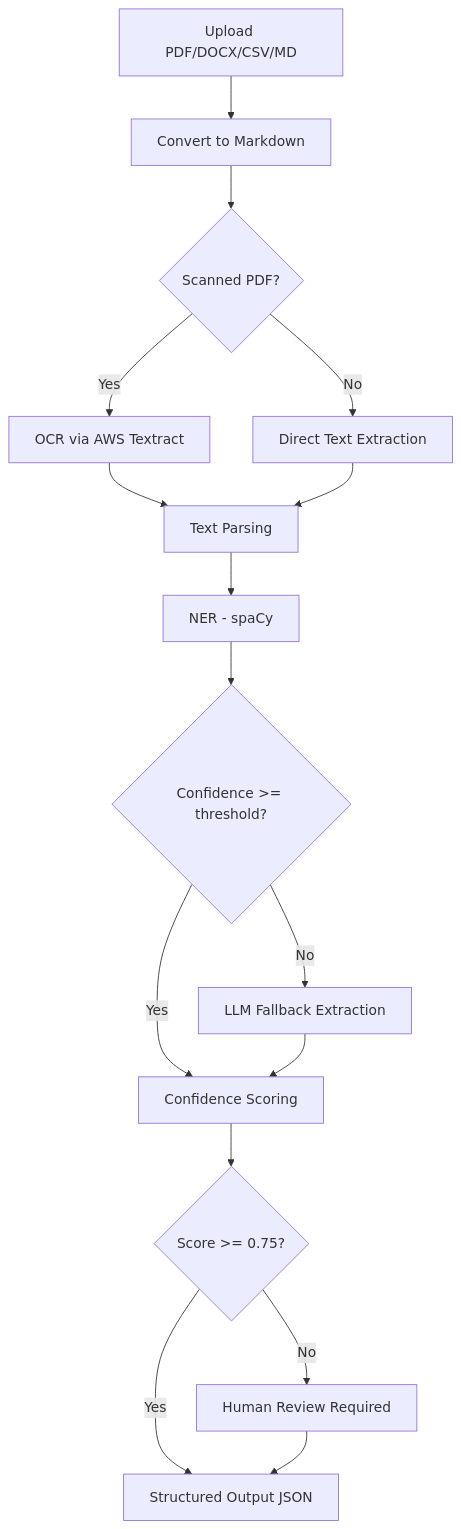
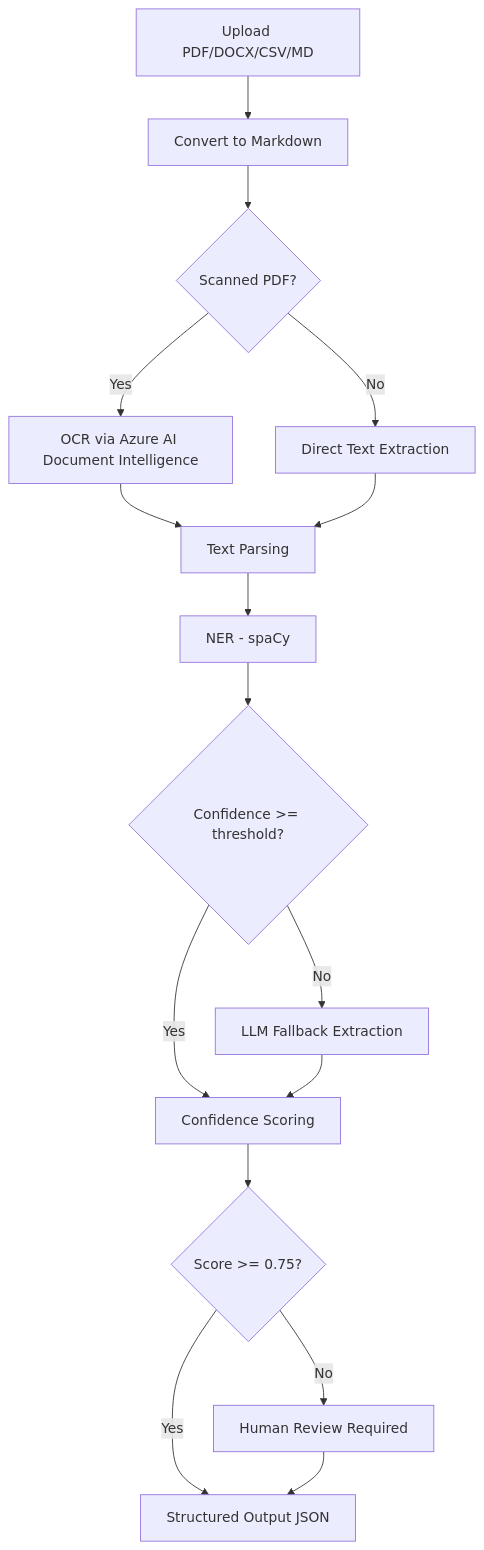
Before and after one commit to dngoins/florida-annual-report: the diagram in docs/reference/document-extraction.md, drawn with Mermaid. The commit also changed other lines of this file and 15 other files, not shown here.

First line of the commit message:
Migrate OCR from AWS Textract to Azure AI Document Intelligence

````diff
--- a/docs/reference/document-extraction.md
+++ b/docs/reference/document-extraction.md
@@ -7,18 +7,18 @@
 ```mermaid
 flowchart TD
     A[Upload PDF/DOCX/CSV/MD] --> B[Convert to Markdown]
     B --> C{Scanned PDF?}
-    C -- Yes --> D[OCR via AWS Textract]
+    C -- Yes --> D[OCR via Azure AI Document Intelligence]
     C -- No --> E[Direct Text Extraction]
     D --> F[Text Parsing]
     E --> F
     F --> G[NER - spaCy]
     G --> H{Confidence >= threshold?}
     H -- No --> I[LLM Fallback Extraction]
     H -- Yes --> J[Confidence Scoring]
     I --> J
     J --> K{Score >= 0.75?}
     K -- No --> L[Human Review Required]
     K -- Yes --> M[Structured Output JSON]
     L --> M
 ```
````
